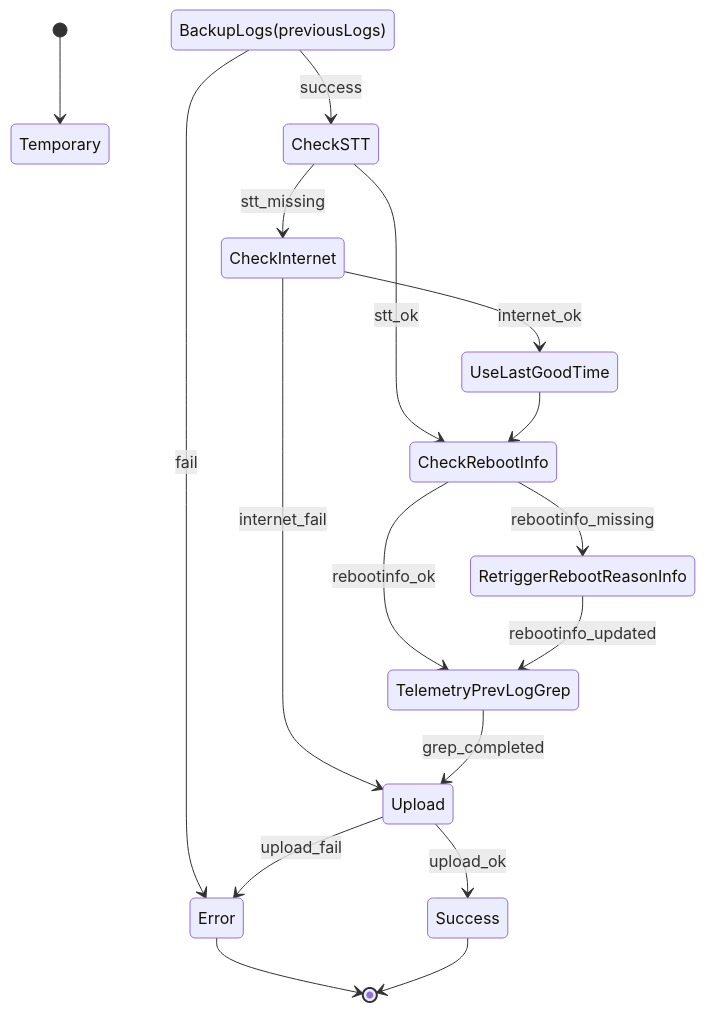
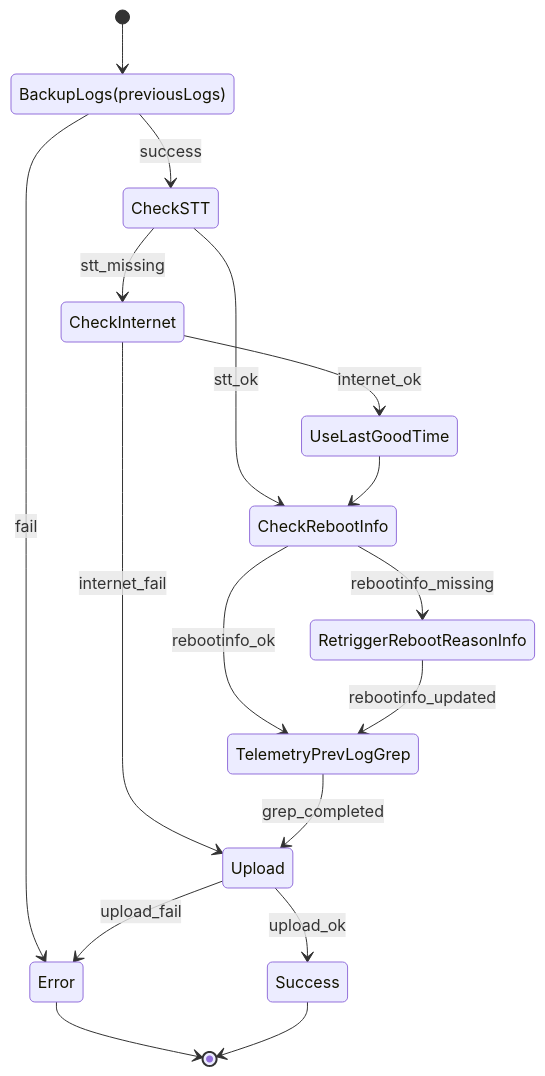
Before and after one commit to rdkcentral/dcm-agent: the first of 23 diagrams in openspec/Logupload-Synchronization/specs/slides.md, drawn with Mermaid.

````diff
--- a/openspec/Logupload-Synchronization/specs/slides.md
+++ b/openspec/Logupload-Synchronization/specs/slides.md
@@ -69,19 +69,19 @@
 ```mermaid
 stateDiagram-v2
-    [*] --> Temporary BackupLogs(previousLogs)
-    Temporary BackupLogs(previousLogs) --> Error: fail
-    Temporary BackupLogs(previousLogs) --> CheckSTT: success
+    [*] --> BackupLogs(previousLogs)
+    BackupLogs(previousLogs) --> Error: fail
+    BackupLogs(previousLogs) --> CheckSTT: success
     CheckSTT --> CheckRebootInfo: stt_ok
     CheckSTT --> CheckInternet: stt_missing
     CheckInternet --> UseLastGoodTime: internet_ok
     CheckInternet --> Upload: internet_fail
     UseLastGoodTime --> CheckRebootInfo
     CheckRebootInfo --> TelemetryPrevLogGrep: rebootinfo_ok
     CheckRebootInfo --> RetriggerRebootReasonInfo: rebootinfo_missing
     RetriggerRebootReasonInfo --> TelemetryPrevLogGrep: rebootinfo_updated
     TelemetryPrevLogGrep --> Upload: grep_completed
     Upload --> Success: upload_ok
     Upload --> Error: upload_fail
     Error --> [*]
     Success --> [*]
 ```
````
